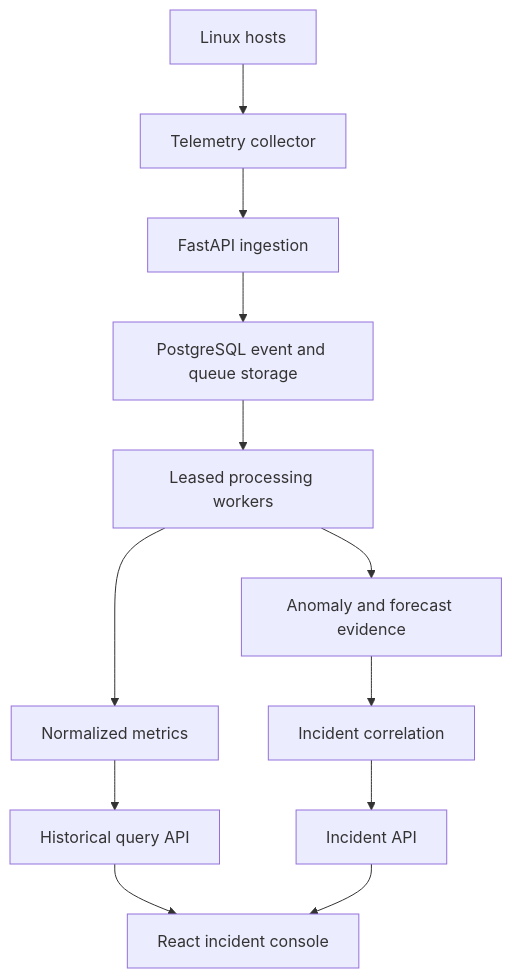
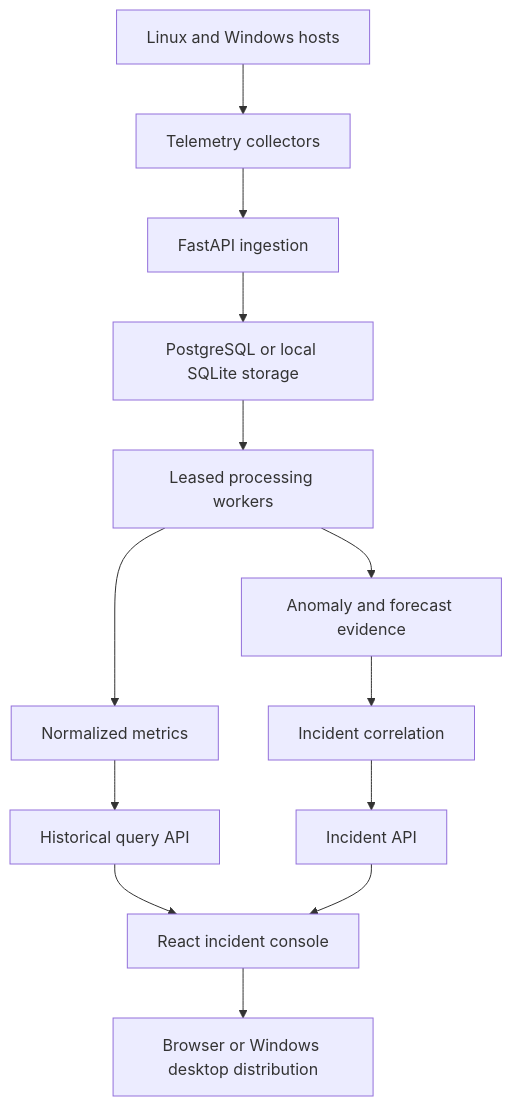
Before and after one commit to zecurb/Real-Time-System-Monitoring: the diagram in README.md, drawn with Mermaid. The commit also changed other lines of this file and 12 other files, not shown here.

First line of the commit message:
feat: add Windows desktop distribution and product website (#17)

````diff
--- a/README.md
+++ b/README.md
@@ -34,14 +48,15 @@
 ```mermaid
 flowchart TD
-    A["Linux hosts"] --> B["Telemetry collector"]
+    A["Linux and Windows hosts"] --> B["Telemetry collectors"]
     B --> C["FastAPI ingestion"]
-    C --> D["PostgreSQL event and queue storage"]
+    C --> D["PostgreSQL or local SQLite storage"]
     D --> E["Leased processing workers"]
     E --> F["Normalized metrics"]
     E --> G["Anomaly and forecast evidence"]
     F --> H["Historical query API"]
     G --> I["Incident correlation"]
     I --> J["Incident API"]
     H --> K["React incident console"]
     J --> K
+    K --> L["Browser or Windows desktop distribution"]
 ```
````
